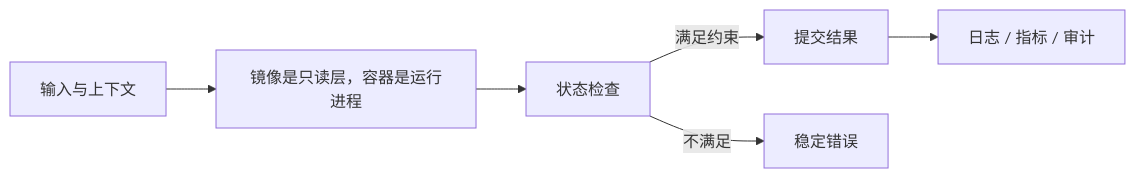
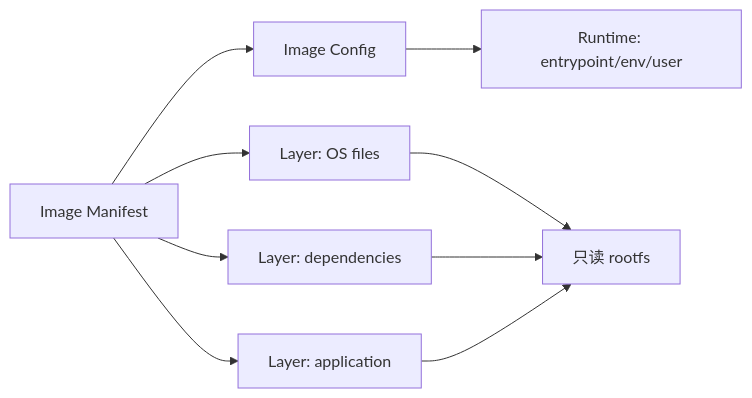
Before and after one commit to upJiang/jiang-blog-vitepress: the diagram in docs/backend/oci-image-container-network-volume.md, drawn with Mermaid. The commit also changed other lines of this file and 341 other files, not shown here.

````diff
--- a/docs/backend/oci-image-container-network-volume.md
+++ b/docs/backend/oci-image-container-network-volume.md
@@ -35,8 +37,11 @@
 ```mermaid
 flowchart LR
-  A[输入与上下文] --> B[镜像是只读层，容器是运行进程]
-  B --> C[状态检查]
-  C -->|满足约束| D[提交结果]
-  C -->|不满足| E[稳定错误]
-  D --> F[日志 / 指标 / 审计]
+  M[Image Manifest] --> C[Image Config]
+  M --> L1[Layer: OS files]
+  M --> L2[Layer: dependencies]
+  M --> L3[Layer: application]
+  C --> R[Runtime: entrypoint/env/user]
+  L1 --> ROOT[只读 rootfs]
+  L2 --> ROOT
+  L3 --> ROOT
 ```
````
